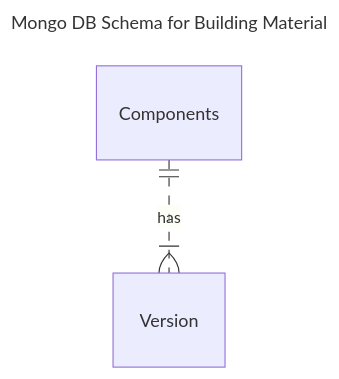
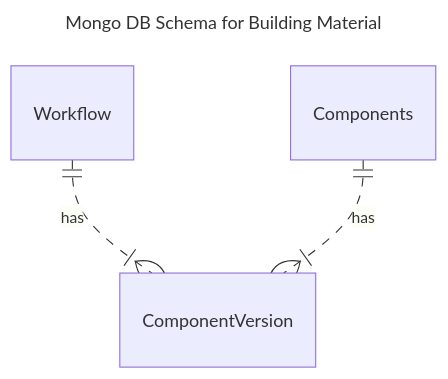
The first of 3 diagrams in docs/orchestrator/schema.md (odtp-org/odtp-manuals), drawn with Mermaid before and after one commit. The commit also changed other lines of this file and 106 other files, not shown here.

````diff
--- a/docs/orchestrator/schema.md
+++ b/docs/orchestrator/schema.md
@@ -16,7 +17,8 @@
 ```mermaid
 ---
 title: Mongo DB Schema for Building Material
 ---
 erDiagram
-    Components ||..|{ Version : has
-``` 
+    Workflow ||..|{ ComponentVersion : has
+    Components ||..|{ ComponentVersion : has
+```
````
